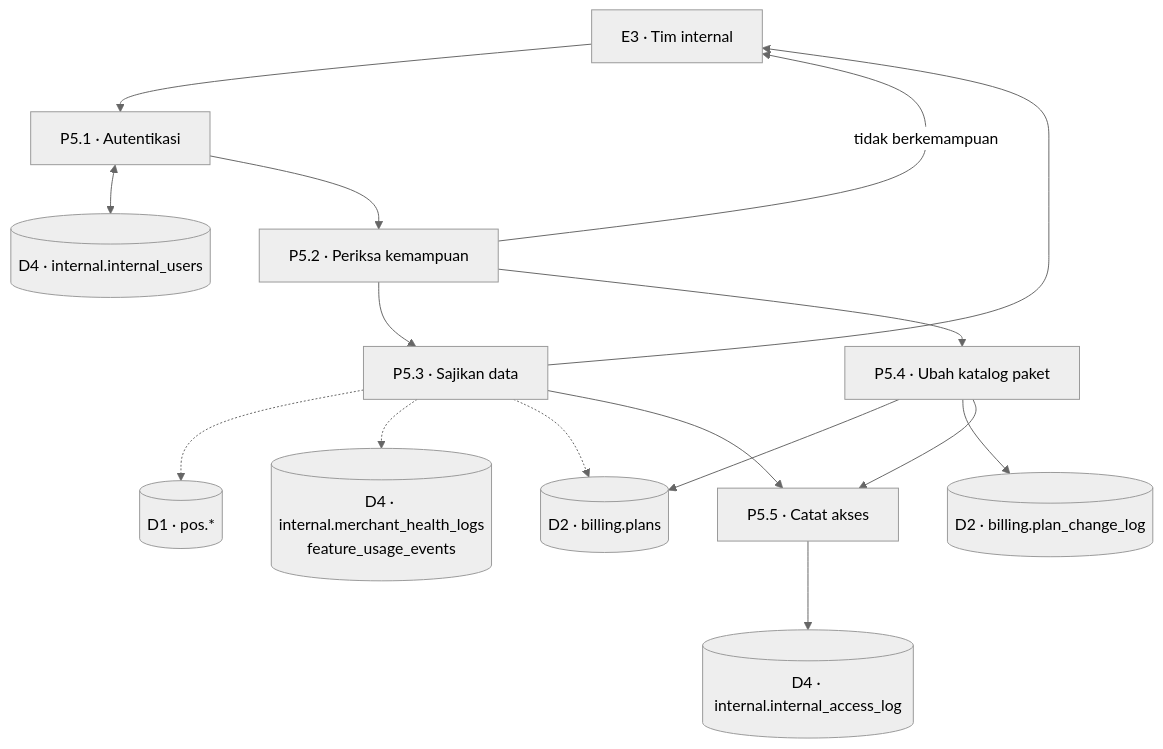
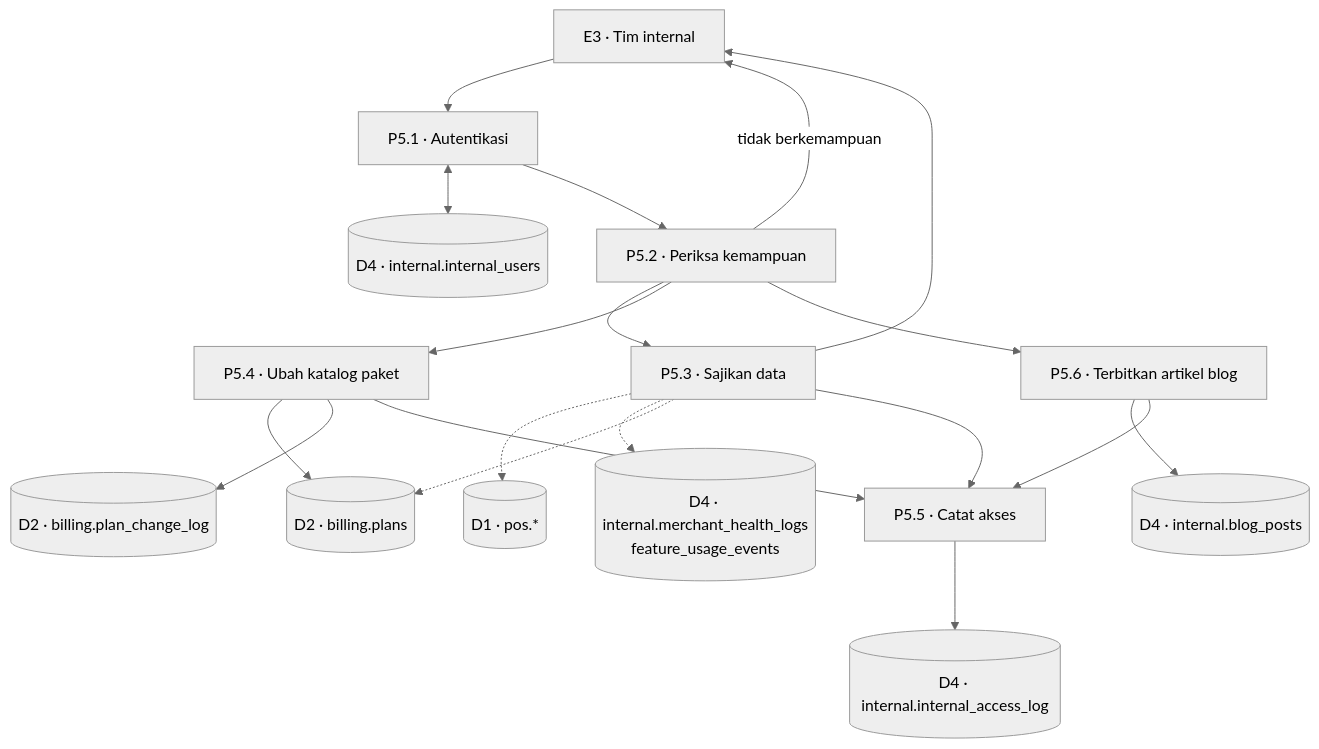
One commit to slaks37/kasir-newhope changed the seventh of 7 diagrams in Dokumentasi.md. Above: the diagram before and after it, drawn with Mermaid (neutral theme). The commit also changed other lines of this file and 31 other files, not shown here.

````diff
--- a/Dokumentasi.md
+++ b/Dokumentasi.md
@@ -375,33 +375,38 @@
 ```mermaid
 flowchart TB
     E3["E3 · Tim internal"]
 
     P51["P5.1 · Autentikasi"]
     P52["P5.2 · Periksa kemampuan"]
     P53["P5.3 · Sajikan data"]
     P54["P5.4 · Ubah katalog paket"]
     P55["P5.5 · Catat akses"]
+    P56["P5.6 · Terbitkan artikel blog"]
 
     D4a[("D4 · internal.internal_users")]
     D4b[("D4 · internal.internal_access_log")]
     D4c[("D4 · internal.merchant_health_logs<br/>feature_usage_events")]
+    D4d[("D4 · internal.blog_posts")]
     D2a[("D2 · billing.plans")]
     D2b[("D2 · billing.plan_change_log")]
     D1[("D1 · pos.*")]
 
     E3 --> P51
     P51 <--> D4a
     P51 --> P52
     P52 -->|"tidak berkemampuan"| E3
     P52 --> P53
     P52 --> P54
     P53 -.-> D1
     P53 -.-> D4c
     P53 -.-> D2a
     P53 --> P55
     P54 --> D2a
     P54 --> D2b
     P54 --> P55
+    P52 --> P56
+    P56 --> D4d
+    P56 --> P55
     P55 --> D4b
     P53 --> E3
 ```
````
